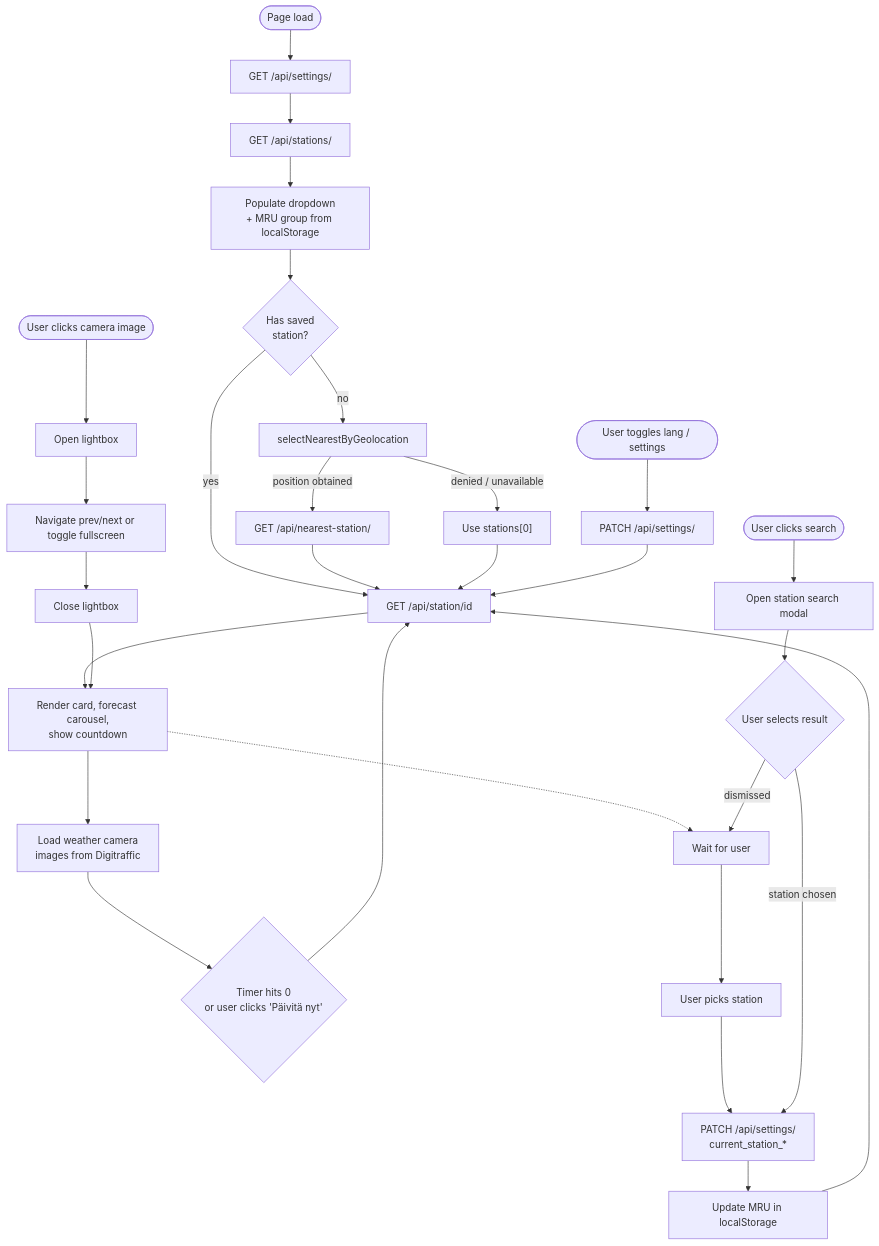
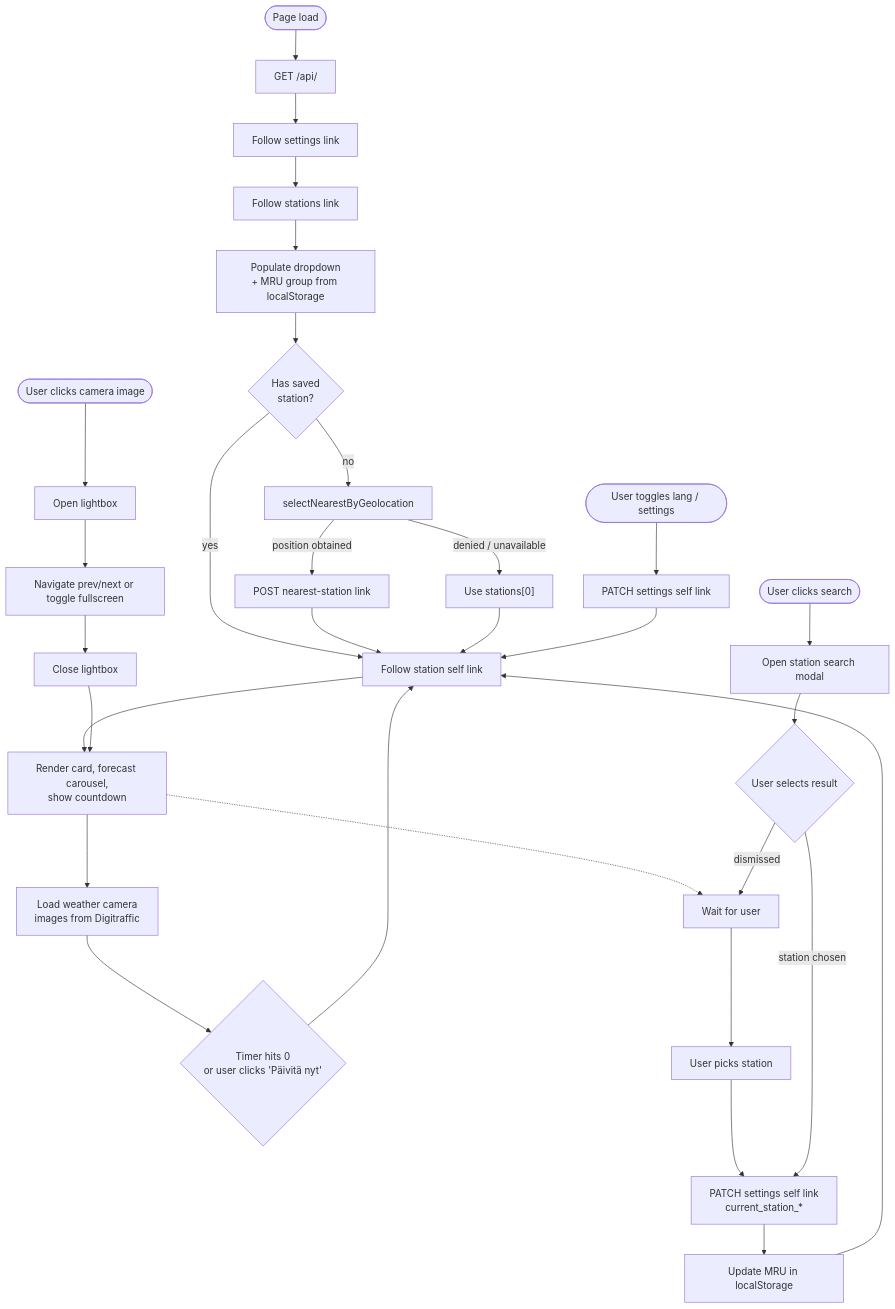
Before and after one commit to jjankkil/weatherview-django: the eighth of 9 diagrams in docs/ARCHITECTURE.md, drawn with Mermaid. The commit also changed other lines of this file and 8 other files, not shown here.

````diff
--- a/docs/ARCHITECTURE.md
+++ b/docs/ARCHITECTURE.md
@@ -435,32 +440,33 @@
 ```mermaid
 flowchart TD
-    A([Page load]) --> B[GET /api/settings/]
-    B --> C[GET /api/stations/]
+    A([Page load]) --> ROOT[GET /api/]
+    ROOT --> B[Follow settings link]
+    B --> C[Follow stations link]
     C --> D[Populate dropdown<br/>+ MRU group from localStorage]
     D --> E2{Has saved<br/>station?}
-    E2 -->|yes| F[GET /api/station/id]
+    E2 -->|yes| F[Follow station self link]
     E2 -->|no| GEO[selectNearestByGeolocation]
-    GEO -->|position obtained| NS[GET /api/nearest-station/]
+    GEO -->|position obtained| NS[POST nearest-station link]
     GEO -->|denied / unavailable| F1["Use stations[0]"]
     NS --> F
     F1 --> F
     F --> H[Render card, forecast carousel,<br/>show countdown]
     H --> I[Load weather camera<br/>images from Digitraffic]
     H -.-> G[Wait for user]
     I --> J{Timer hits 0<br/>or user clicks 'Päivitä nyt'}
     J --> F
     G --> K[User picks station]
-    K --> L[PATCH /api/settings/<br/>current_station_*]
+    K --> L[PATCH settings self link<br/>current_station_*]
     L --> M[Update MRU in localStorage]
     M --> F
-    N([User toggles lang / settings]) --> O[PATCH /api/settings/]
+    N([User toggles lang / settings]) --> O[PATCH settings self link]
     O --> F
     P([User clicks search]) --> Q[Open station search modal]
     Q --> R{User selects result}
     R -->|station chosen| L
     R -->|dismissed| G
     S([User clicks camera image]) --> T[Open lightbox]
     T --> U[Navigate prev/next or toggle fullscreen]
     U --> V[Close lightbox]
     V --> H
 ```
````
